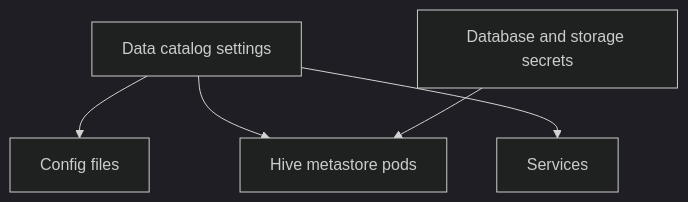
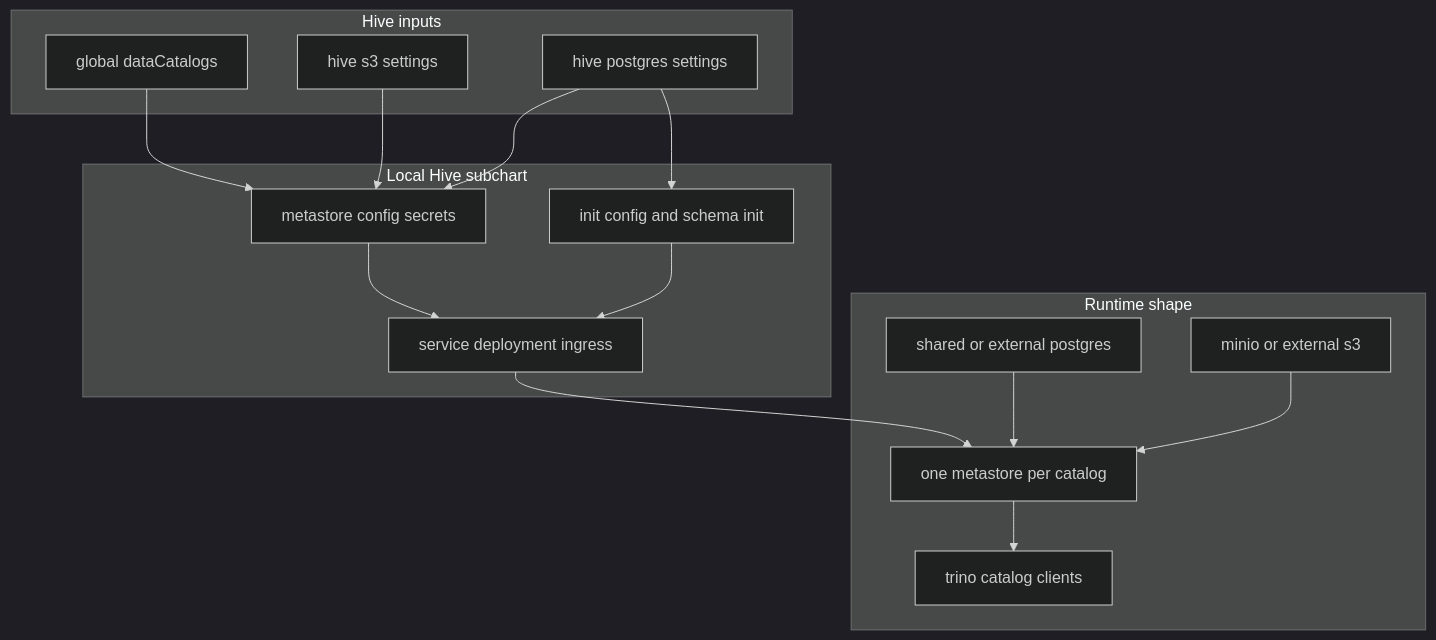
One commit to sanger-pathogens/dlh-in-a-box-umbrella-helm-chart changed the diagram in charts/dlh-in-a-box/charts/hive/README.md. Above: the diagram before and after it, drawn with Mermaid (dark theme). The commit also changed other lines of this file and 34 other files, not shown here.

Commit message:
docs: expand repo guides and add umbrella chart manual

````diff
--- a/charts/dlh-in-a-box/charts/hive/README.md
+++ b/charts/dlh-in-a-box/charts/hive/README.md
@@ -10,7 +30,32 @@
 ```mermaid
 flowchart TD
-  Catalogs[Data catalog settings] --> Config[Config files]
-  Catalogs --> Deployments[Hive metastore pods]
-  Catalogs --> Services[Services]
-  Secrets[Database and storage secrets] --> Deployments
+  subgraph Inputs["Hive inputs"]
+    Catalogs[global dataCatalogs]
+    Storage[hive s3 settings]
+    Database[hive postgres settings]
+  end
+
+  subgraph Render["Local Hive subchart"]
+    Config[metastore config secrets]
+    Init[init config and schema init]
+    Runtime[service deployment ingress]
+  end
+
+  subgraph Outcome["Runtime shape"]
+    Metastores[one metastore per catalog]
+    Postgres[shared or external postgres]
+    ObjectStore[minio or external s3]
+    Trino[trino catalog clients]
+  end
+
+  Catalogs --> Config
+  Storage --> Config
+  Database --> Config
+  Database --> Init
+  Config --> Runtime
+  Init --> Runtime
+  Runtime --> Metastores
+  Postgres --> Metastores
+  ObjectStore --> Metastores
+  Metastores --> Trino
 ```
````
